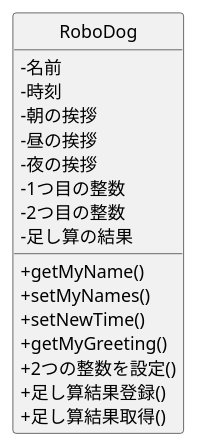
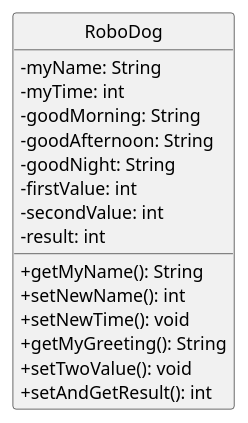
Before and after one commit to 2459384Hayashi/ohara_uml: the diagram in 06_robo_dog/class.pu, drawn with PlantUML. The commit also changed 2 other files, not shown here.

```diff
--- a/06_robo_dog/class.pu
+++ b/06_robo_dog/class.pu
@@ -1,24 +1,26 @@
 @startuml Robodogクラス図
 skinparam classAttributeIconSize 0
 hide circle
 
 class RoboDog {
- -名前
- -時刻
- -朝の挨拶
- -昼の挨拶
- -夜の挨拶
- -1つ目の整数
- -2つ目の整数
- -足し算の結果
+ -myName: String
+ -myTime: int
+ -goodMorning: String
+ -goodAfternoon: String
+ -goodNight: String
+ -firstValue: int
+ -secondValue: int
+ '教科書にはない
+ -result: int
 
- +getMyName()
- +setMyNames()
- +setNewTime()
- +getMyGreeting()
- +2つの整数を設定()
- +足し算結果登録()
- +足し算結果取得()
+'返り値
+ +getMyName(): String
+ +setNewName(): int
+ +setNewTime(): void
+ +getMyGreeting(): String
+ '教科書にはない
+ +setTwoValue(): void
+ +setAndGetResult(): int
 }
 
 @enduml
```
